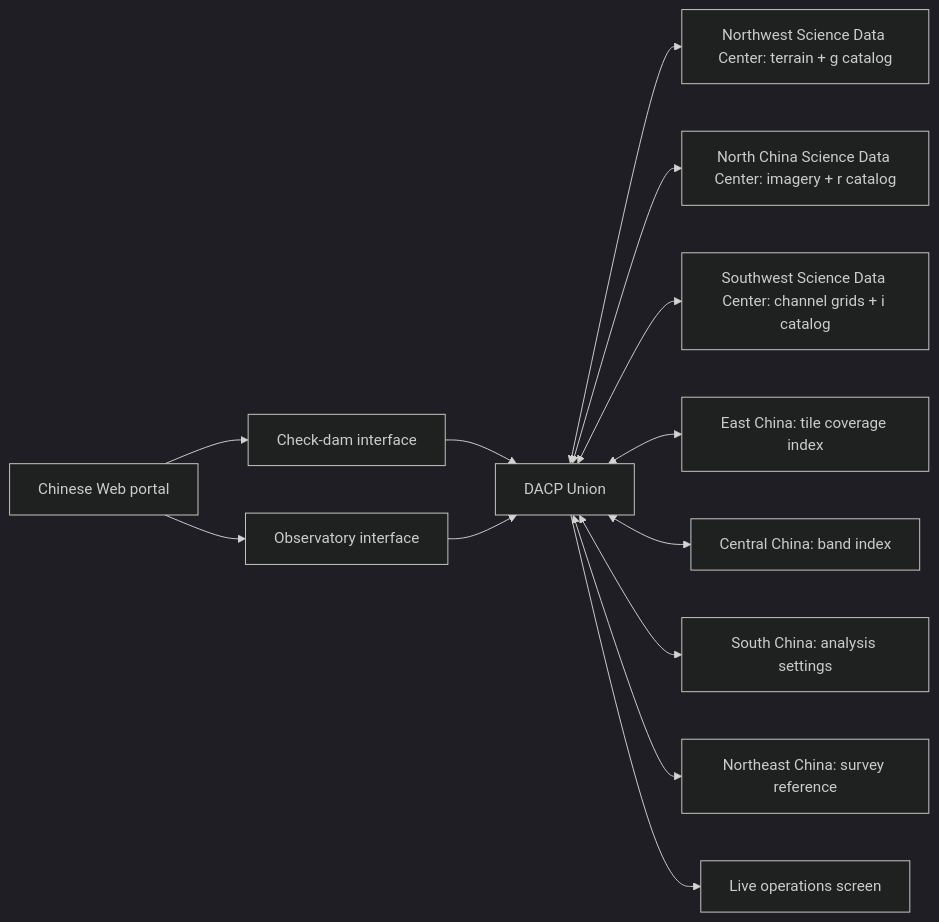
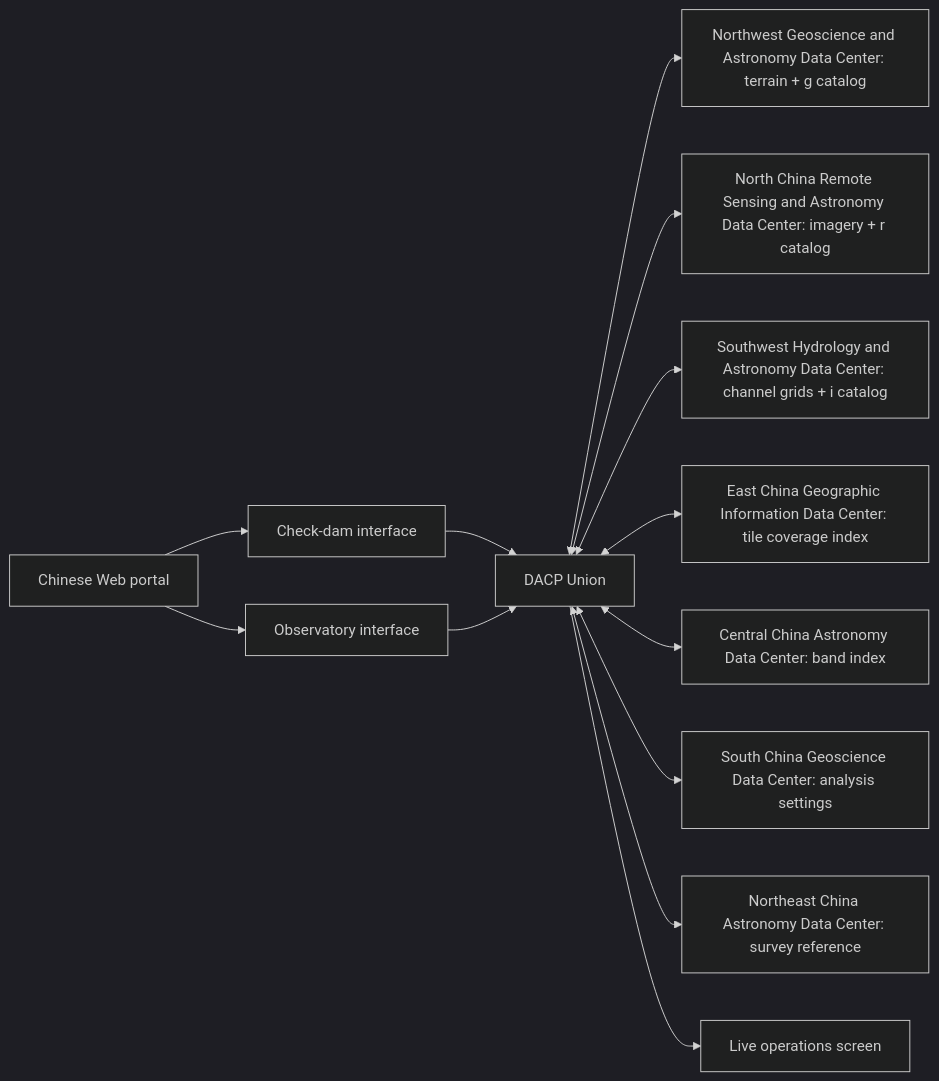
One commit to rdcn-link/conet changed the diagram in README.md. Above: the diagram before and after it, drawn with Mermaid (dark theme). The commit also changed 9 other files, not shown here.

````diff
--- a/README.md
+++ b/README.md
@@ -13,15 +13,15 @@
 ```mermaid
 flowchart LR
     Visitor[Chinese Web portal] --> Dam[Check-dam interface]
     Visitor --> Astro[Observatory interface]
     Dam --> U[DACP Union]
     Astro --> U
-    U <--> A[Northwest Science Data Center: terrain + g catalog]
-    U <--> B[North China Science Data Center: imagery + r catalog]
-    U <--> C[Southwest Science Data Center: channel grids + i catalog]
-    U <--> D[East China: tile coverage index]
-    U <--> E[Central China: band index]
-    U <--> F[South China: analysis settings]
-    U <--> G[Northeast China: survey reference]
+    U <--> A[Northwest Geoscience and Astronomy Data Center: terrain + g catalog]
+    U <--> B[North China Remote Sensing and Astronomy Data Center: imagery + r catalog]
+    U <--> C[Southwest Hydrology and Astronomy Data Center: channel grids + i catalog]
+    U <--> D[East China Geographic Information Data Center: tile coverage index]
+    U <--> E[Central China Astronomy Data Center: band index]
+    U <--> F[South China Geoscience Data Center: analysis settings]
+    U <--> G[Northeast China Astronomy Data Center: survey reference]
     U --> Screen[Live operations screen]
 ```
````
